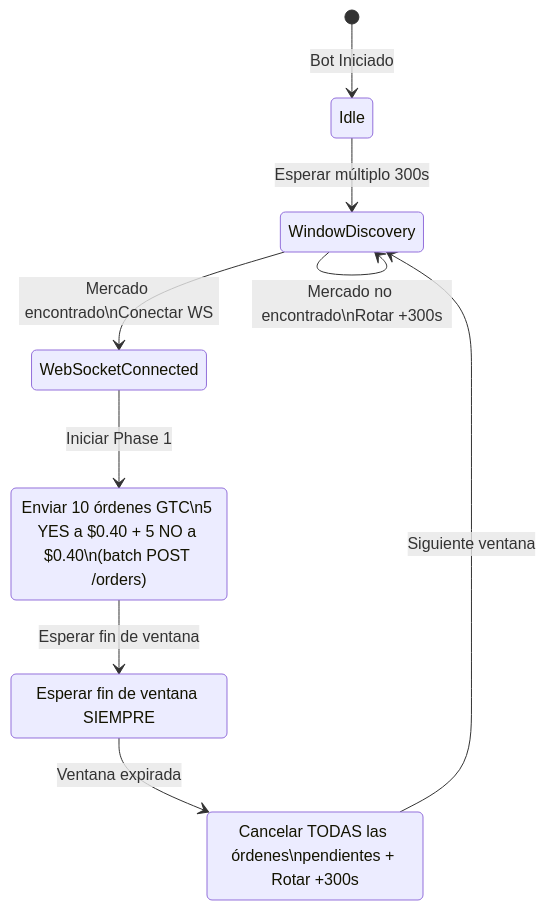
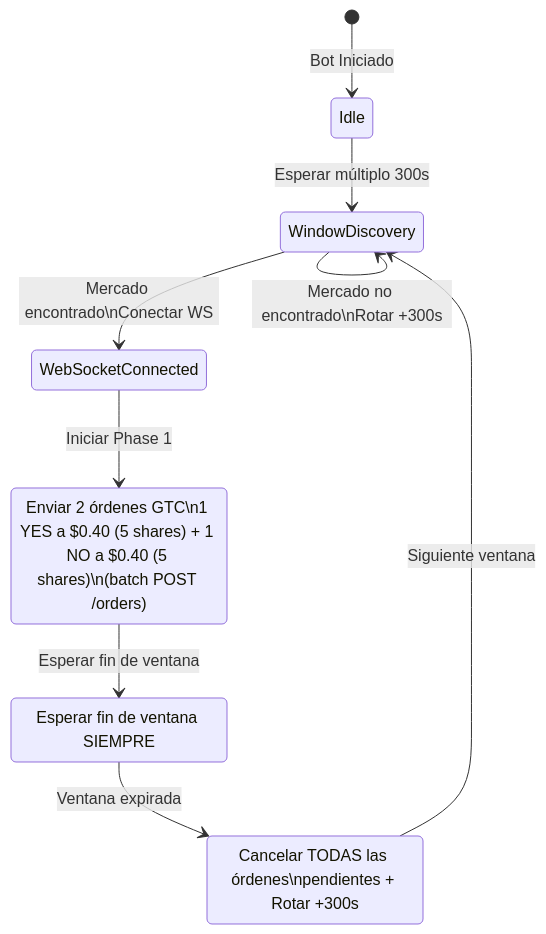
One commit to carlosFTP999/poly-bot-4040 changed the third of 3 diagrams in Plan-inicial.md. Above: the diagram before and after it, drawn with Mermaid. The commit also changed other lines of this file and 23 other files, not shown here.

````diff
--- a/Plan-inicial.md
+++ b/Plan-inicial.md
@@ -272,24 +272,24 @@
 ```mermaid
 stateDiagram-v2
     [*] --> Idle: Bot Iniciado
 
     Idle --> WindowDiscovery: Esperar múltiplo 300s
 
     WindowDiscovery --> WindowDiscovery: Mercado no encontrado\nRotar +300s
 
     WindowDiscovery --> WebSocketConnected: Mercado encontrado\nConectar WS
 
     WebSocketConnected --> SendOrders1: Iniciar Phase 1
 
-     SendOrders1: Enviar 10 órdenes GTC\n5 YES a $0.40 + 5 NO a $0.40\n(batch POST /orders)
+     SendOrders1: Enviar 2 órdenes GTC\n1 YES a $0.40 (5 shares) + 1 NO a $0.40 (5 shares)\n(batch POST /orders)
 
      SendOrders1 --> WaitForExpiry: Esperar fin de ventana
 
     WaitForExpiry: Esperar fin de ventana SIEMPRE
 
     WaitForExpiry --> Phase2: Ventana expirada
 
     Phase2: Cancelar TODAS las órdenes\npendientes + Rotar +300s
 
     Phase2 --> WindowDiscovery: Siguiente ventana
 ```
````
